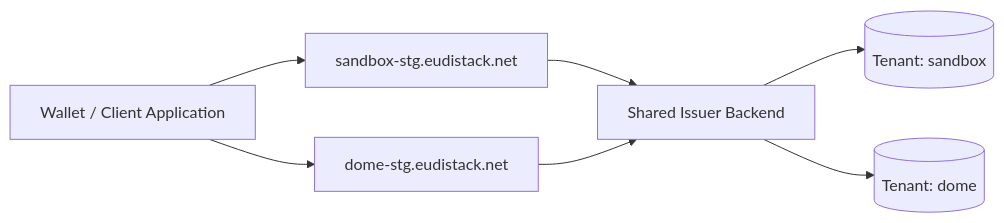
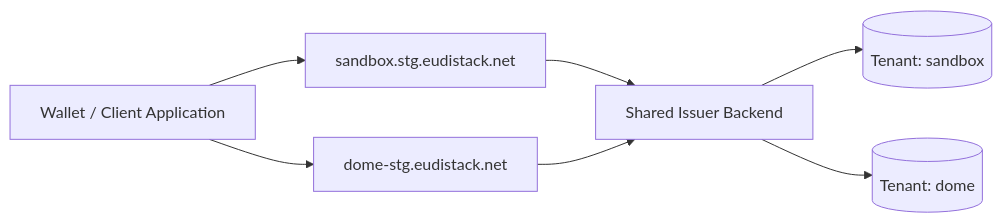
The diagram in docs/developers/concepts/multi-tenant.en.md (in2workspace/eudistack-docs), drawn with Mermaid before and after one commit. The commit also changed other lines of this file and 18 other files, not shown here.

Commit message:
fix: fix sandbox URLs (replace old 'sandbox-stg' subdomain by "sandbox.stg"

````diff
--- a/docs/developers/concepts/multi-tenant.en.md
+++ b/docs/developers/concepts/multi-tenant.en.md
@@ -13,13 +13,13 @@
 ```mermaid
 flowchart LR
     A[Wallet / Client Application]
 
-    A --> B[sandbox-stg.eudistack.net]
+    A --> B[sandbox.stg.eudistack.net]
     A --> C[dome-stg.eudistack.net]
 
     B --> D[Shared Issuer Backend]
     C --> D
 
     D --> E[(Tenant: sandbox)]
     D --> F[(Tenant: dome)]
 ```
````
